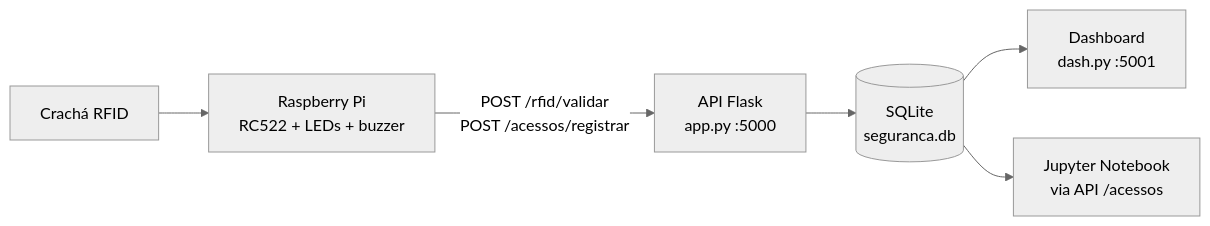
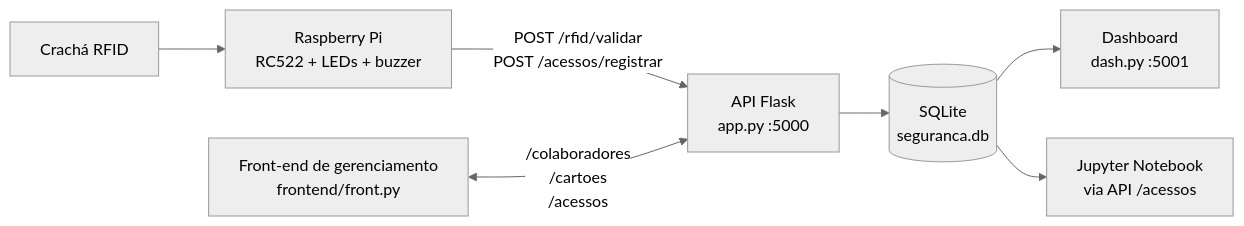
Before and after one commit to alicebsegatto/projetoRaspberry: the first of 2 diagrams in README.md, drawn with Mermaid (neutral theme). The commit also changed other lines of this file, not shown here.

First line of the commit message:
readme com frontend

````diff
--- a/README.md
+++ b/README.md
@@ -44,8 +46,9 @@
 ```mermaid
 flowchart LR
     A["Crachá RFID"] --> B["Raspberry Pi<br/>RC522 + LEDs + buzzer"]
     B -->|"POST /rfid/validar<br/>POST /acessos/registrar"| C["API Flask<br/>app.py :5000"]
     C --> D[("SQLite<br/>seguranca.db")]
     D --> E["Dashboard<br/>dash.py :5001"]
     D --> F["Jupyter Notebook<br/>via API /acessos"]
+    G["Front-end de gerenciamento<br/>frontend/front.py"] <-->|"/colaboradores<br/>/cartoes<br/>/acessos"| C
 ```
````
